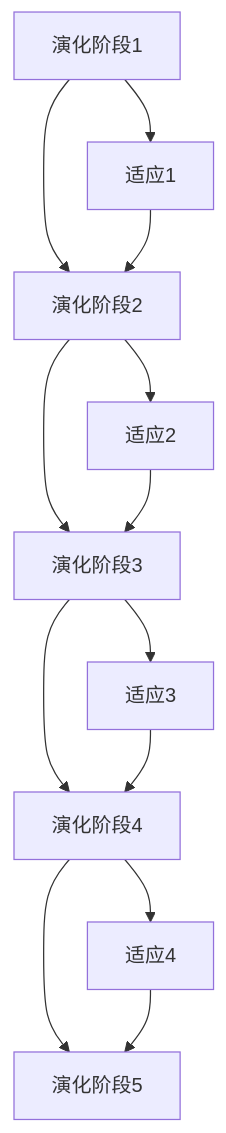
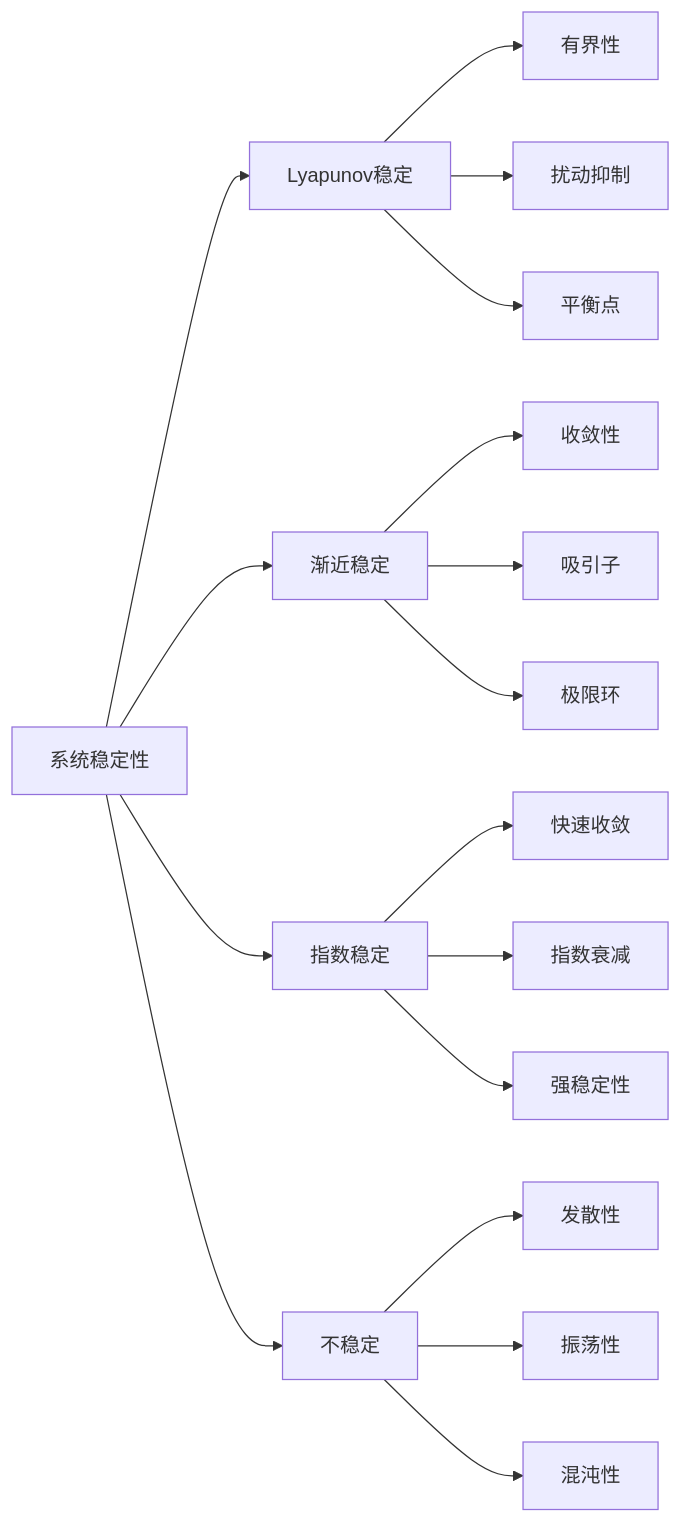
The sixth of 20 diagrams in 1.系统理论/1.5 多表征/1.5.1 概念图.md (AdaMartin18010/SystemOSIOT), drawn with Mermaid before and after one commit. The commit also changed other lines of this file and 118 other files, not shown here.

````diff
--- a/1.系统理论/1.5 多表征/1.5.1 概念图.md
+++ b/1.系统理论/1.5 多表征/1.5.1 概念图.md
@@ -232,17 +167,23 @@
 ```mermaid
-graph TD;
-  E1[演化阶段1] --> E2[演化阶段2];
-  E2 --> E3[演化阶段3];
-  E3 --> E4[演化阶段4];
-  E4 --> E5[演化阶段5];
-  
-  E1 --> A1[适应1];
-  E2 --> A2[适应2];
-  E3 --> A3[适应3];
-  E4 --> A4[适应4];
-  
-  A1 --> E2;
-  A2 --> E3;
-  A3 --> E4;
-  A4 --> E5;
+graph LR
+    A[系统稳定性] --> B[Lyapunov稳定]
+    A --> C[渐近稳定]
+    A --> D[指数稳定]
+    A --> E[不稳定]
+    
+    B --> B1[有界性]
+    B --> B2[扰动抑制]
+    B --> B3[平衡点]
+    
+    C --> C1[收敛性]
+    C --> C2[吸引子]
+    C --> C3[极限环]
+    
+    D --> D1[快速收敛]
+    D --> D2[指数衰减]
+    D --> D3[强稳定性]
+    
+    E --> E1[发散性]
+    E --> E2[振荡性]
+    E --> E3[混沌性]
 ```
````
